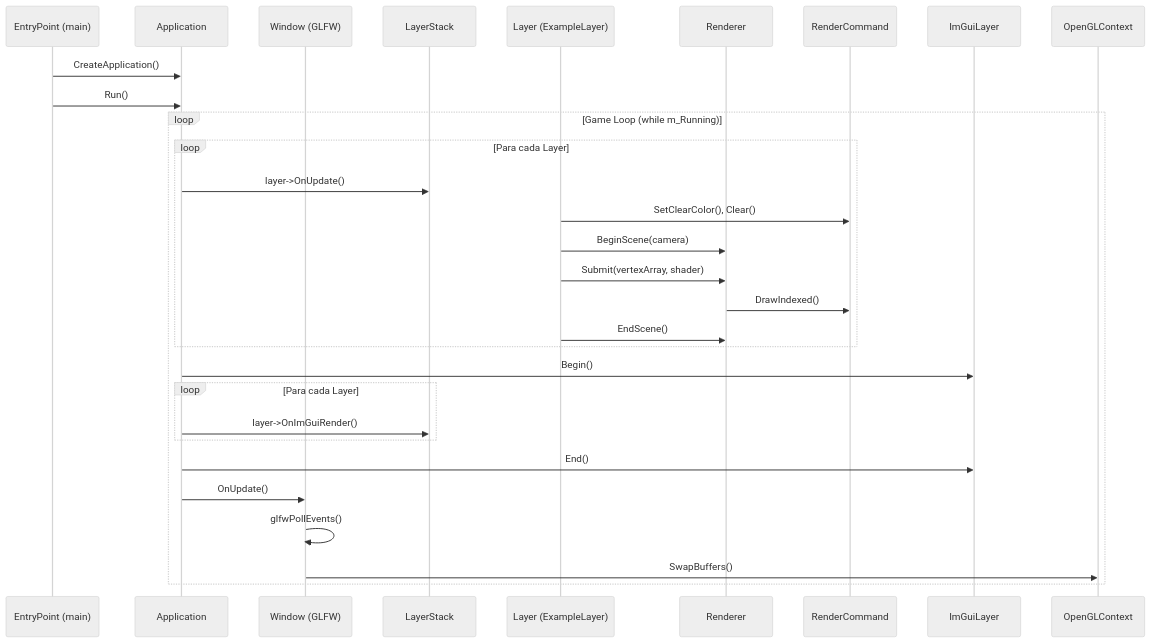
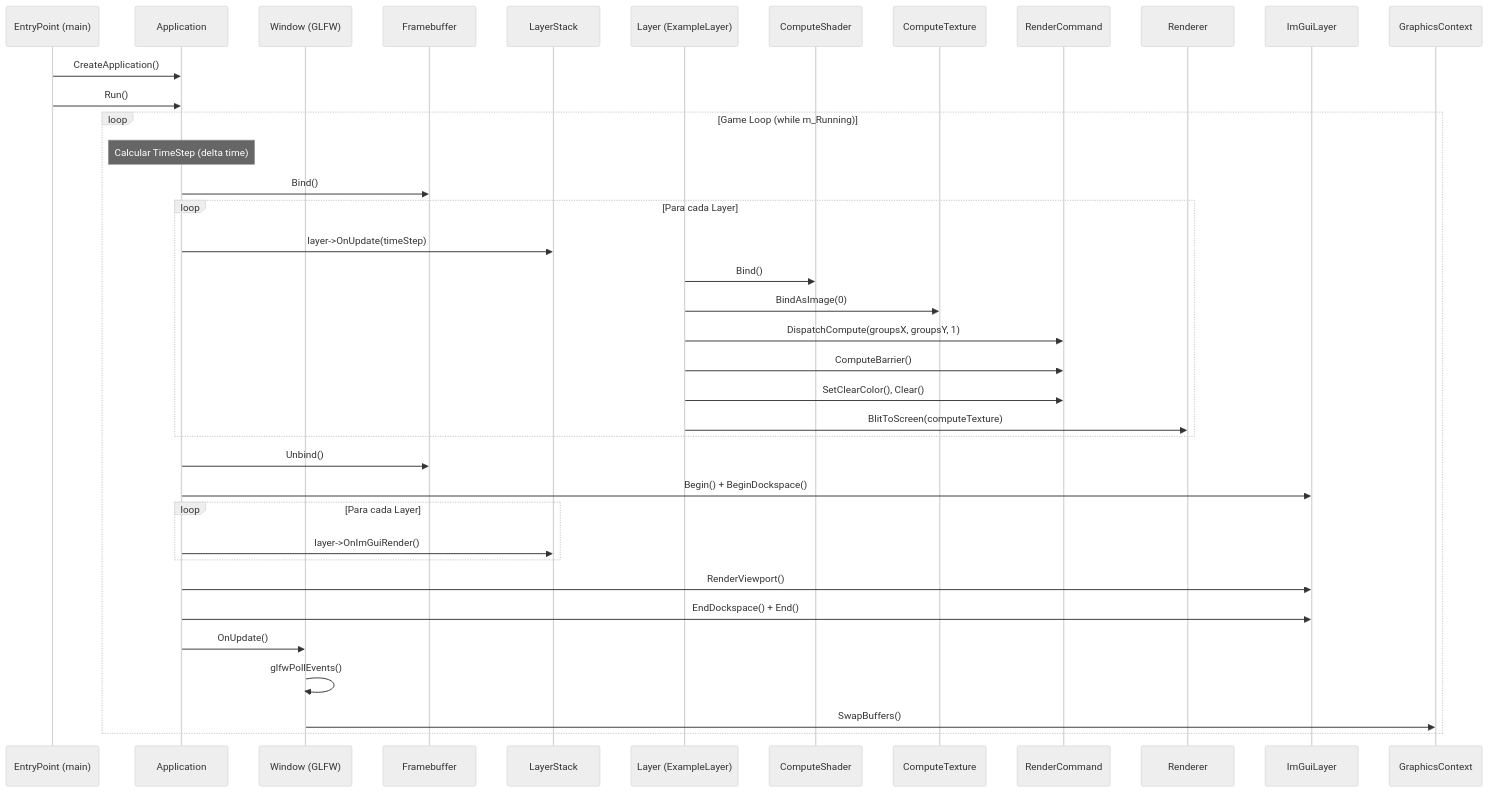
One commit to Tanque40/Lore changed the fourth of 6 diagrams in README.md. Above: the diagram before and after it, drawn with Mermaid (neutral theme). The commit also changed other lines of this file and 5 other files, not shown here.

````diff
--- a/README.md
+++ b/README.md
@@ -363,36 +533,46 @@
 ```mermaid
 sequenceDiagram
     participant EP as EntryPoint (main)
     participant App as Application
     participant Win as Window (GLFW)
+    participant FB as Framebuffer
     participant LS as LayerStack
     participant L as Layer (ExampleLayer)
+    participant CS as ComputeShader
+    participant CT as ComputeTexture
+    participant RC as RenderCommand
     participant R as Renderer
-    participant RC as RenderCommand
     participant IG as ImGuiLayer
-    participant GL as OpenGLContext
+    participant GC as GraphicsContext
 
     EP->>App: CreateApplication()
     EP->>App: Run()
 
     loop Game Loop (while m_Running)
+        Note over App: Calcular TimeStep (delta time)
+        App->>FB: Bind()
+
         loop Para cada Layer
-            App->>LS: layer->OnUpdate()
+            App->>LS: layer->OnUpdate(timeStep)
+            L->>CS: Bind()
+            L->>CT: BindAsImage(0)
+            L->>RC: DispatchCompute(groupsX, groupsY, 1)
+            L->>RC: ComputeBarrier()
             L->>RC: SetClearColor(), Clear()
-            L->>R: BeginScene(camera)
-            L->>R: Submit(vertexArray, shader)
-            R->>RC: DrawIndexed()
-            L->>R: EndScene()
+            L->>R: BlitToScreen(computeTexture)
         end
 
-        App->>IG: Begin()
+        App->>FB: Unbind()
+
+        App->>IG: Begin() + BeginDockspace()
         loop Para cada Layer
             App->>LS: layer->OnImGuiRender()
         end
-        App->>IG: End()
+        App->>IG: RenderViewport()
+        App->>IG: EndDockspace() + End()
 
         App->>Win: OnUpdate()
         Win->>Win: glfwPollEvents()
-        Win->>GL: SwapBuffers()
+        Win->>GC: SwapBuffers()
     end
 ```
````
